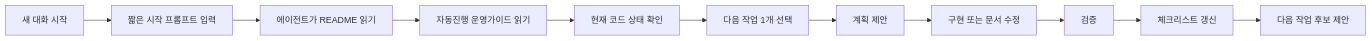
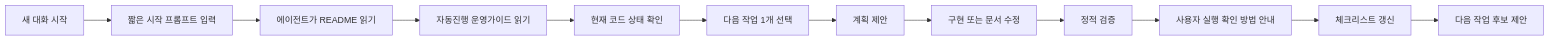
The diagram in docs/09_agent/06_새대화_시작_가이드.md (yellow-pang/health-center-smart-reservation), drawn with Mermaid before and after one commit. The commit also changed other lines of this file and 7 other files, not shown here.

````diff
--- a/docs/09_agent/06_새대화_시작_가이드.md
+++ b/docs/09_agent/06_새대화_시작_가이드.md
@@ -50,13 +50,14 @@
 ```mermaid
 flowchart LR
     A[새 대화 시작] --> B[짧은 시작 프롬프트 입력]
     B --> C[에이전트가 README 읽기]
     C --> D[자동진행 운영가이드 읽기]
     D --> E[현재 코드 상태 확인]
     E --> F[다음 작업 1개 선택]
     F --> G[계획 제안]
     G --> H[구현 또는 문서 수정]
-    H --> I[검증]
-    I --> J[체크리스트 갱신]
-    J --> K[다음 작업 후보 제안]
+    H --> I[정적 검증]
+    I --> J[사용자 실행 확인 방법 안내]
+    J --> K[체크리스트 갱신]
+    K --> L[다음 작업 후보 제안]
 ```
````
